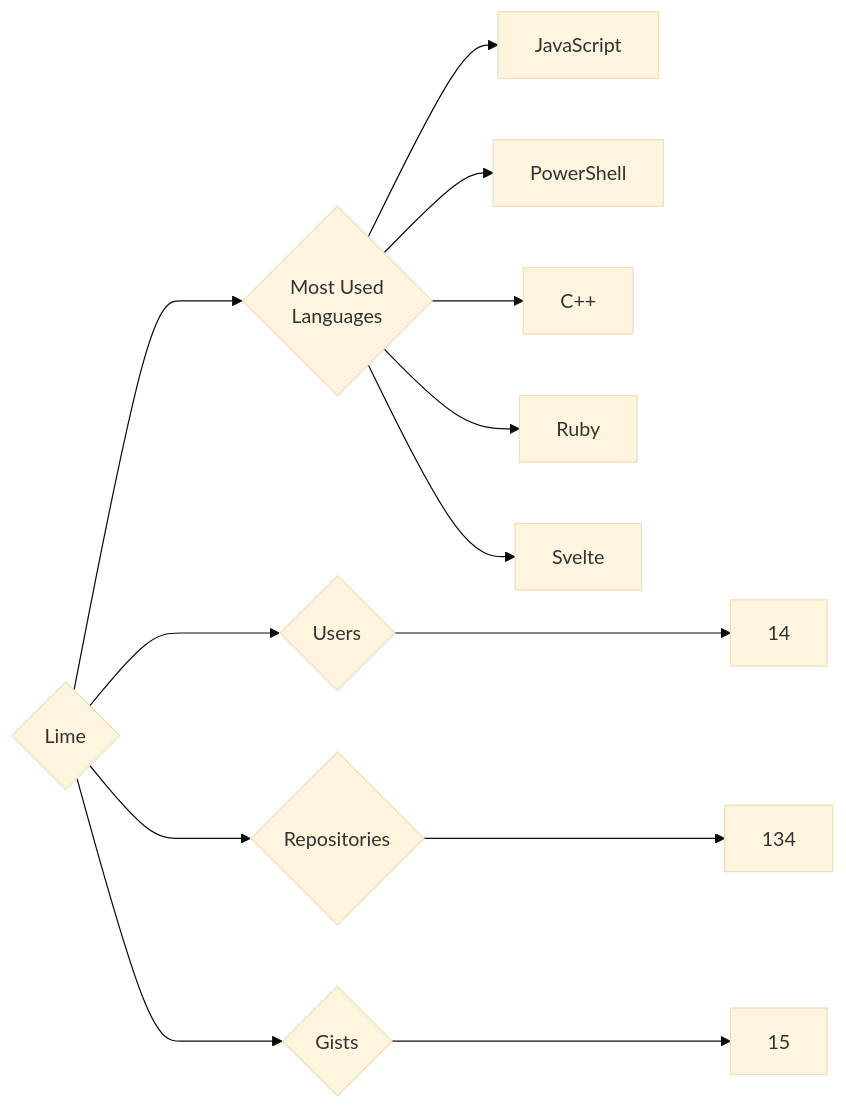
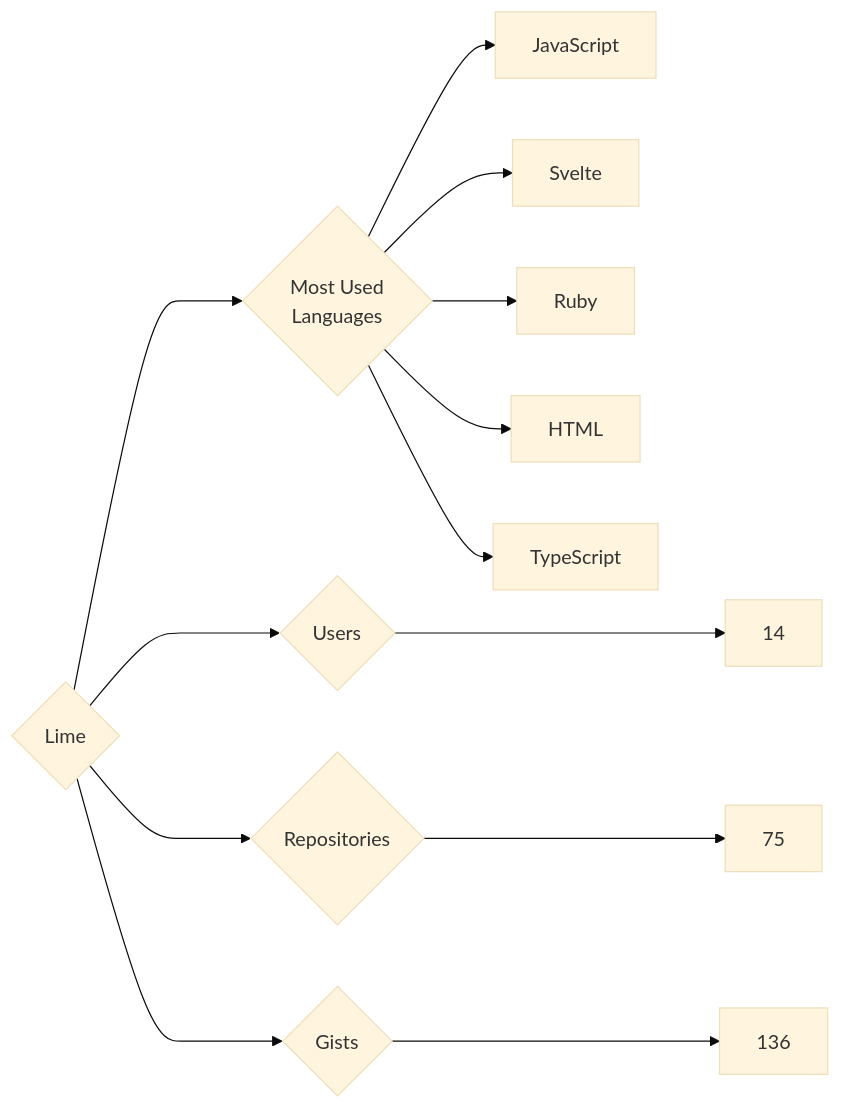
The diagram in targets/Lime/README.md (trickest/insiders), drawn with Mermaid (base theme) before and after one commit. The commit also changed 752 other files, not shown here.

````diff
--- a/targets/Lime/README.md
+++ b/targets/Lime/README.md
@@ -3,13 +3,13 @@
 ```mermaid
 graph LR
 COMPANY_NAME{Lime}
 COMPANY_NAME ---> U{Users} ---> UN[14]
-COMPANY_NAME ---> R{Repositories} ---> RN[134]
-COMPANY_NAME ---> G{Gists} ---> GN[15]
+COMPANY_NAME ---> R{Repositories} ---> RN[75]
+COMPANY_NAME ---> G{Gists} ---> GN[136]
 COMPANY_NAME ---> ML{Most Used<br>Languages}
 ML --> JavaScript[JavaScript]
-ML --> PowerShell[PowerShell]
-ML --> C++[C++]
+ML --> Svelte[Svelte]
 ML --> Ruby[Ruby]
-ML --> Svelte[Svelte]
+ML --> HTML[HTML]
+ML --> TypeScript[TypeScript]
 ```
````
